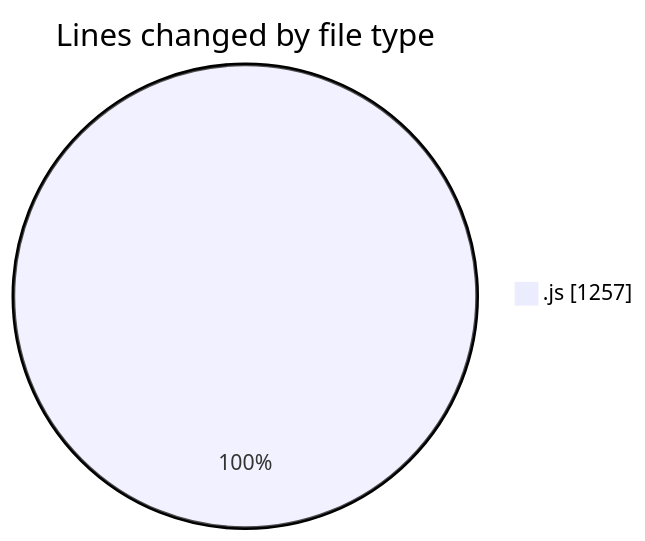
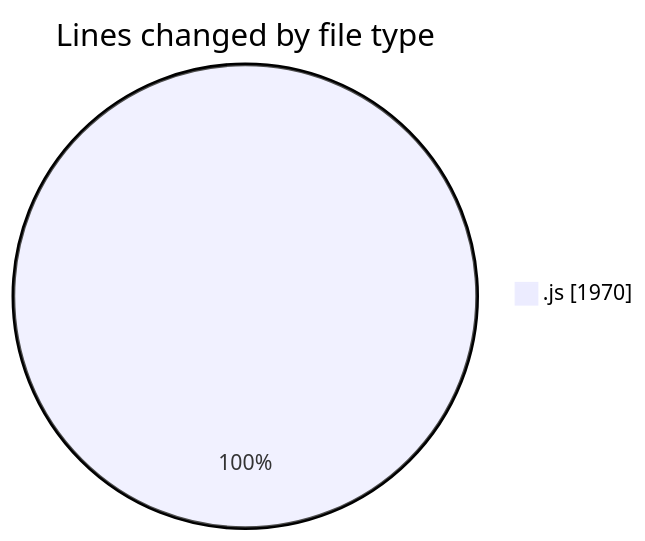
The first of 2 diagrams in 2025-11-04/nxtqube_webapp/README.md (nxtqubesakshisongat/code-tracking), drawn with Mermaid before and after one commit. The commit also changed other lines of this file and 1 other file, not shown here.

````diff
--- a/2025-11-04/nxtqube_webapp/README.md
+++ b/2025-11-04/nxtqube_webapp/README.md
@@ -24,5 +25,5 @@
 ```mermaid
 pie showData
 title Lines changed by file type
-".js" : 1257
+".js" : 1970
 ```
````
